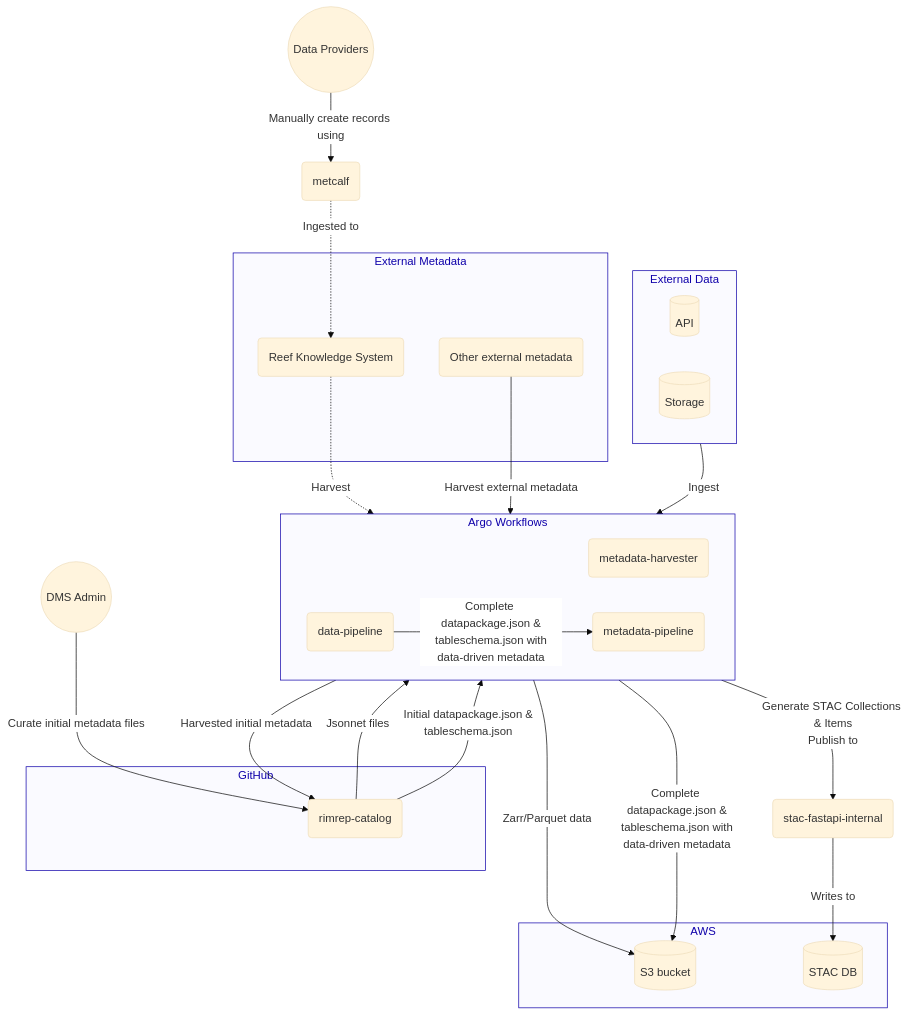
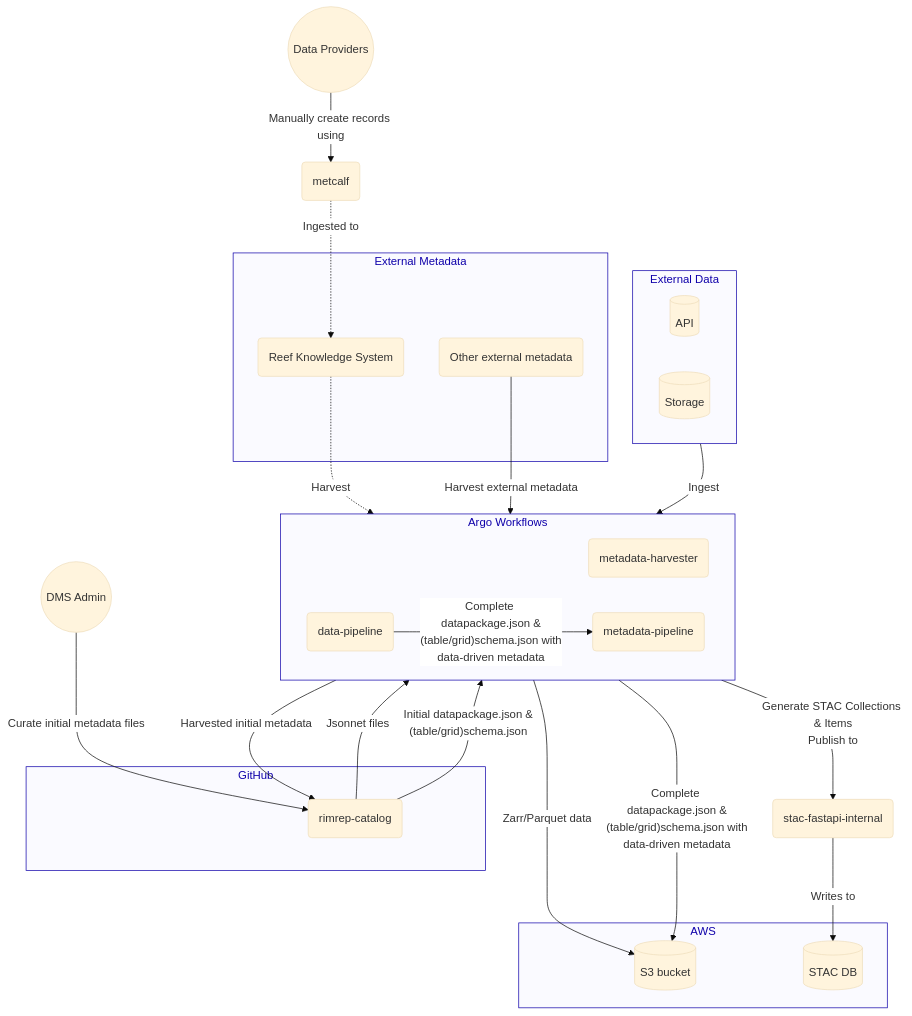
Before and after one commit to gbr-dms/rimrep-documentation: the second of 4 diagrams in docs/architecture/components/metadata-system.md, drawn with Mermaid. The commit also changed other lines of this file, not shown here.

````diff
--- a/docs/architecture/components/metadata-system.md
+++ b/docs/architecture/components/metadata-system.md
@@ -106,63 +106,63 @@
 ```mermaid
 %%{
   init: {
     'theme': 'base',
     'themeVariables': {
       'edgeLabelBackground': '#ffffff',
       'tertiaryTextColor': '#0f00aa',
       'clusterBkg': '#fafaff',
       'clusterBorder': '#0f00aa'
     }
   }
 }%%
 
 flowchart TB
   classDef red fill:#ffcccc,stroke:#ff0000;
 
   subgraph github["GitHub"]
     catalog(rimrep-catalog)
   end
 
   subgraph group_external_metadata["External Metadata"]
     rks(Reef Knowledge System)
     external_metadata(Other external metadata)
   end
 
   subgraph group_external_data["External Data"]
     external_data_api[(API)]
     external_data_storage[(Storage)]
   end
 
   subgraph pipeline["Argo Workflows"]
     direction LR
     metadata_harvester(metadata-harvester)
     metadata_workflow(metadata-pipeline)
     data_workflow(data-pipeline)
   end
 
   subgraph AWS["AWS"]
     s3[(S3 bucket)]
     stac_db[(STAC DB)]
   end
 
   metadata_providers((Data Providers))
   metcalf(metcalf)
   rimrep_admin((DMS Admin))
   stac_fastapi_internal(stac-fastapi-internal)
 
   group_external_data ~~~ pipeline
 
   metadata_providers -->|Manually create records using| metcalf
   metcalf  -. Ingested to .-> rks
   rks -. Harvest .-> metadata_harvester
   external_metadata --> |Harvest external metadata| metadata_harvester
   metadata_harvester --> |Harvested initial metadata|catalog
   group_external_data -->|Ingest| data_workflow
   rimrep_admin -->|"Curate initial metadata files"| catalog
   catalog --> |Jsonnet files| metadata_workflow
-  catalog --> |"Initial datapackage.json &<br> tableschema.json"| data_workflow
+  catalog --> |"Initial datapackage.json &<br> (table/grid)schema.json"| data_workflow
   metadata_workflow -->  |"Generate STAC Collections & Items<br>Publish to"|stac_fastapi_internal
   stac_fastapi_internal --> |Writes to| stac_db
   data_workflow --> |"Zarr/Parquet data"|s3
-  data_workflow --> |"Complete datapackage.json &<br>tableschema.json with<br>data-driven metadata"|metadata_workflow & s3
+  data_workflow --> |"Complete datapackage.json &<br>(table/grid)schema.json with<br>data-driven metadata"|metadata_workflow & s3
 ```
````
